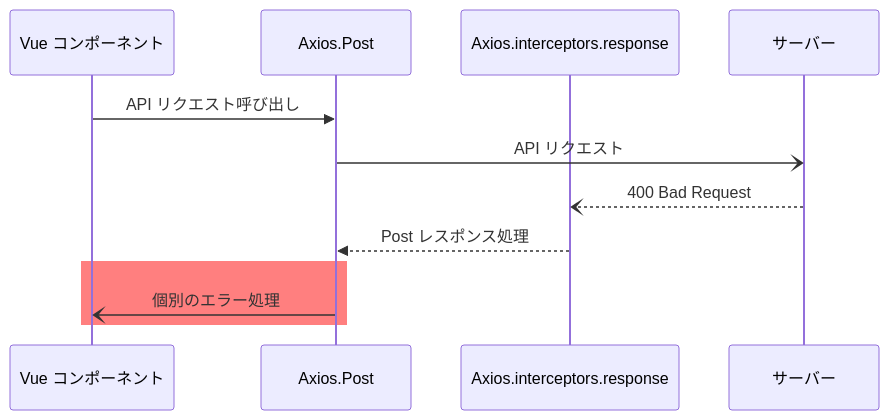
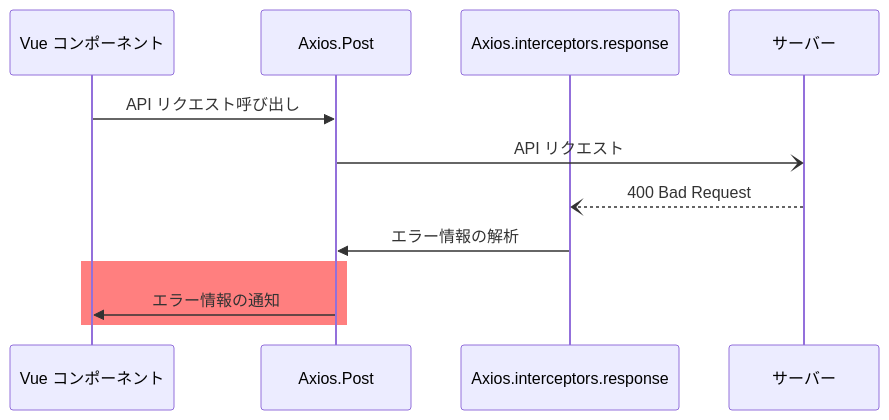
One commit to AlesInfiny/maris changed the second of 2 diagrams in documents/contents/app-architecture/client-side-rendering/global-function.md. Above: the diagram before and after it, drawn with Mermaid. The commit also changed other lines of this file, not shown here.

````diff
--- a/documents/contents/app-architecture/client-side-rendering/global-function.md
+++ b/documents/contents/app-architecture/client-side-rendering/global-function.md
@@ -175,15 +174,15 @@
     ```mermaid
         sequenceDiagram
         participant C as Vue コンポーネント
         participant A as Axios.Post
         participant I as Axios.interceptors.response
         participant S as サーバー
 
         C->>A: API リクエスト呼び出し
         A-)S: API リクエスト
         S--)I: 400 Bad Request
-        I-->>A: Post レスポンス処理
+        I->>A: エラー情報の解析
         rect rgba(255, 0, 0, 0.5)
-            A-)C: 個別のエラー処理
+            A->>C: エラー情報の通知
         end
     ```
````
